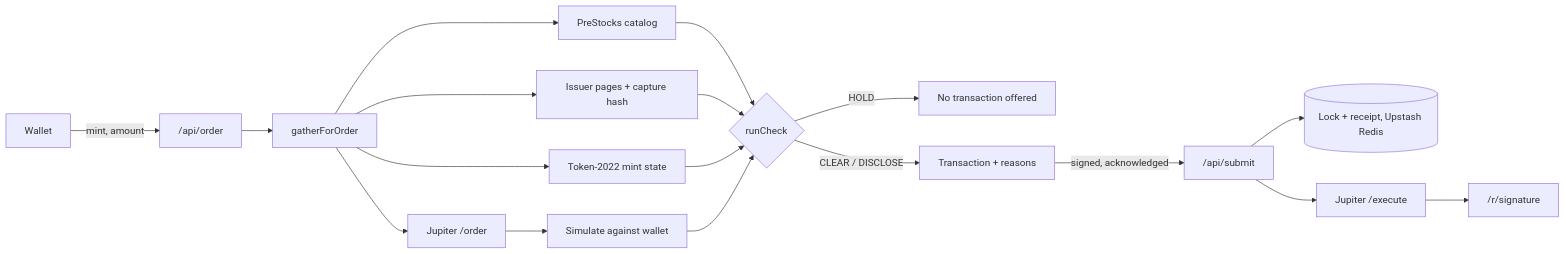
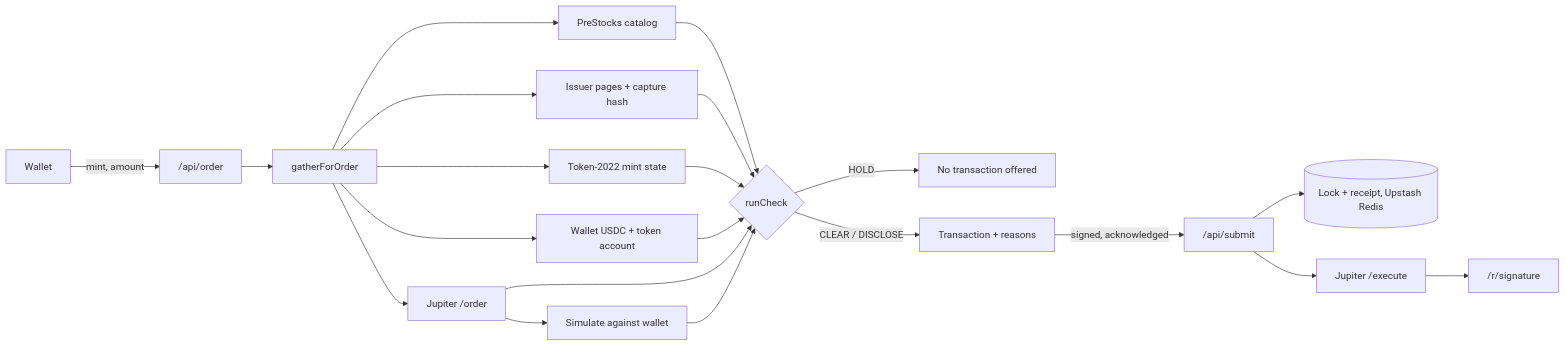
Before and after one commit to Cassxbt/preflight: the diagram in README.md, drawn with Mermaid. The commit also changed other lines of this file, not shown here.

````diff
--- a/README.md
+++ b/README.md
@@ -162,17 +162,18 @@
 ```mermaid
 flowchart LR
   W[Wallet] -->|mint, amount| O["/api/order"]
   O --> G[gatherForOrder]
   G --> C[PreStocks catalog]
   G --> I[Issuer pages + capture hash]
   G --> M[Token-2022 mint state]
   G --> J[Jupiter /order]
+  G --> A[Wallet USDC + token account]
   J --> S[Simulate against wallet]
-  C & I & M & S --> V{runCheck}
+  C & I & M & A & J & S --> V{runCheck}
   V -->|HOLD| X[No transaction offered]
   V -->|CLEAR / DISCLOSE| T[Transaction + reasons]
   T -->|signed, acknowledged| U["/api/submit"]
   U --> L[(Lock + receipt, Upstash Redis)]
   U --> E[Jupiter /execute]
   E --> R["/r/signature"]
 ```
````
